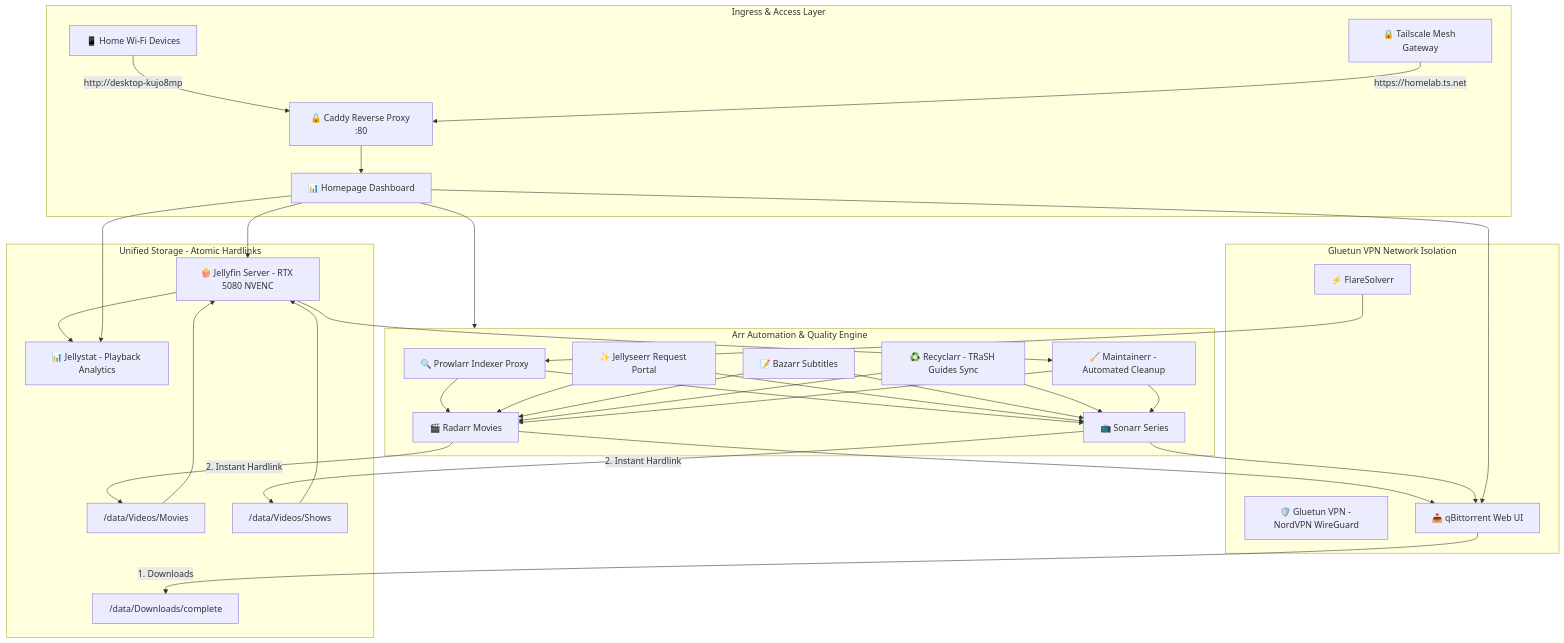
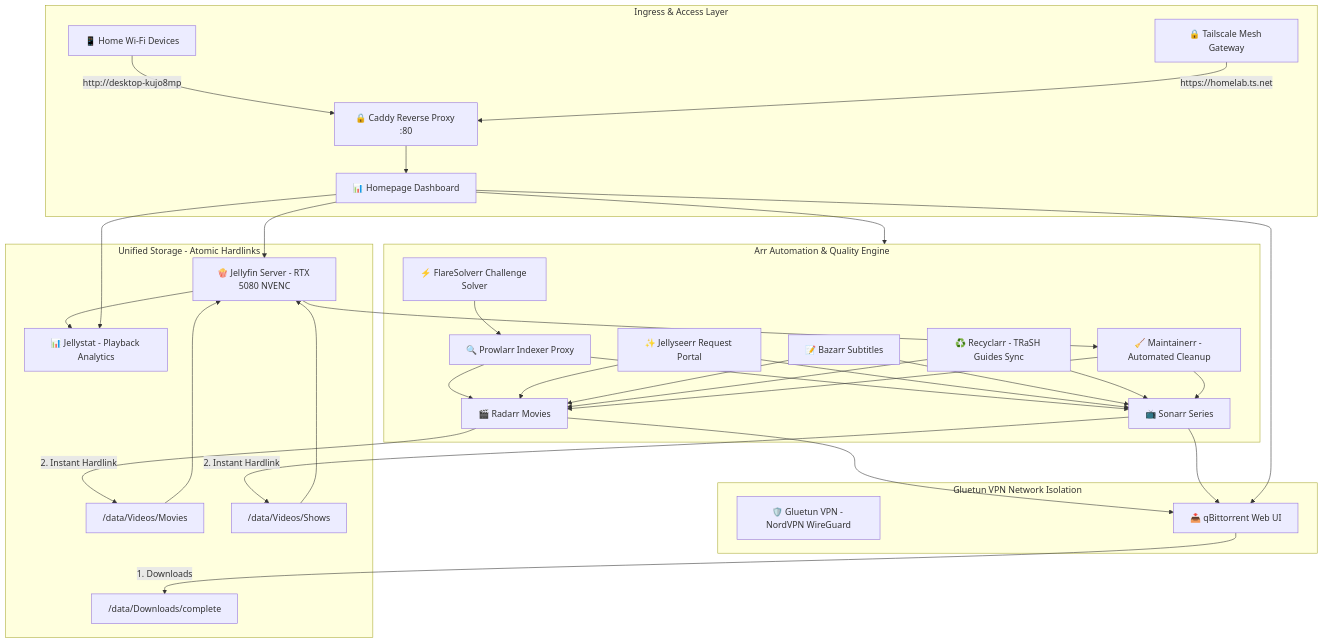
The diagram in README.md (Anwera64/homelab), drawn with Mermaid before and after one commit. The commit also changed other lines of this file, not shown here.

Commit message:
docs: correct FlareSolverr network positioning in architecture topology

````diff
--- a/README.md
+++ b/README.md
@@ -33,36 +33,35 @@
 ```mermaid
 graph TD
     subgraph Ingress [Ingress & Access Layer]
         CLIENTS[📱 Home Wi-Fi Devices] -->|http://desktop-kujo8mp| CADDY[🔒 Caddy Reverse Proxy :80]
         TAILSCALE[🔒 Tailscale Mesh Gateway] -->|https://homelab.ts.net| CADDY
         CADDY --> HOMEPAGE[📊 Homepage Dashboard]
     end
 
     subgraph VPNNet [Gluetun VPN Network Isolation]
         GLUETUN[🛡️ Gluetun VPN - NordVPN WireGuard]
         QBIT[📥 qBittorrent Web UI]
-        FLARE[⚡ FlareSolverr]
     end
 
     subgraph ArrSuite [Arr Automation & Quality Engine]
         PROW[🔍 Prowlarr Indexer Proxy] --> RAD[🎬 Radarr Movies] & SON[📺 Sonarr Series]
+        FLARE[⚡ FlareSolverr Challenge Solver] --> PROW
         SEERR[✨ Jellyseerr Request Portal] --> RAD & SON
         RAD & SON --> QBIT
-        FLARE --> PROW
         BAZ[📝 Bazarr Subtitles] --> RAD & SON
         RECYC[♻️ Recyclarr - TRaSH Guides Sync] --> RAD & SON
         MAINT[🧹 Maintainerr - Automated Cleanup] --> RAD & SON
     end
 
     subgraph MediaStorage [Unified Storage - Atomic Hardlinks]
         QBIT -->|1. Downloads| DOWN["/data/Downloads/complete"]
         RAD -->|2. Instant Hardlink| MOVIES["/data/Videos/Movies"]
         SON -->|2. Instant Hardlink| SHOWS["/data/Videos/Shows"]
         MOVIES --> JELLY[🍿 Jellyfin Server - RTX 5080 NVENC]
         SHOWS --> JELLY
         JELLY --> JSTAT[📊 Jellystat - Playback Analytics]
         JELLY --> MAINT
     end
 
     HOMEPAGE --> ArrSuite & JELLY & QBIT & JSTAT
 ```
````
